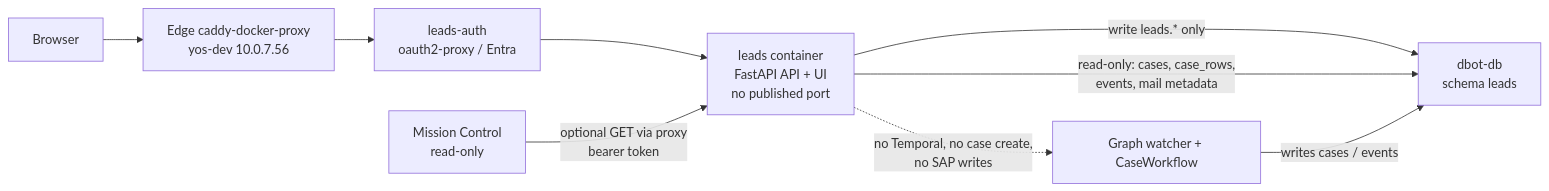
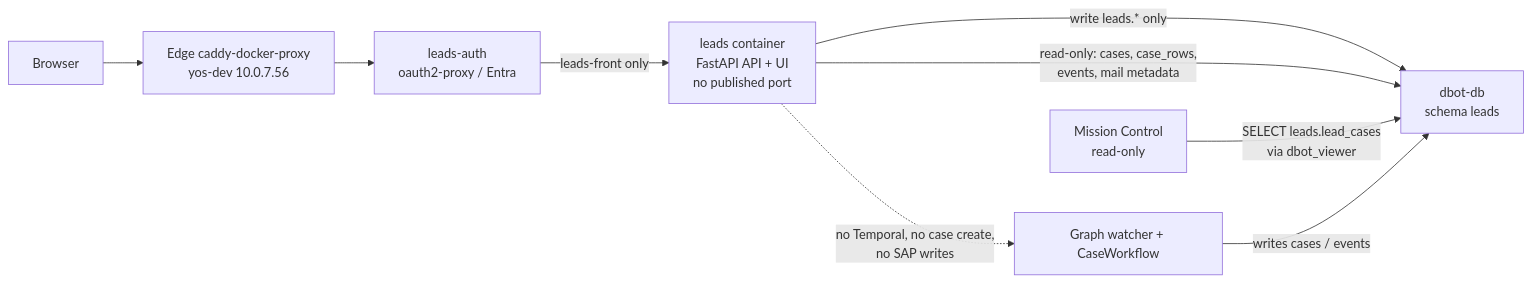
One commit to dayovartan/lead-pipeline-dashboard changed the diagram in docs/LEADS_PLAN.md. Above: the diagram before and after it, drawn with Mermaid. The commit also changed other lines of this file, not shown here.

Commit message:
docs: revise Leads plan after review against dbot-db migrations

````diff
--- a/docs/LEADS_PLAN.md
+++ b/docs/LEADS_PLAN.md
@@ -39,11 +41,11 @@
 ```mermaid
 flowchart LR
   User["Browser"] --> Caddy["Edge caddy-docker-proxy<br/>yos-dev 10.0.7.56"]
   Caddy --> Auth["leads-auth<br/>oauth2-proxy / Entra"]
-  Auth --> App["leads container<br/>FastAPI API + UI<br/>no published port"]
+  Auth -->|"leads-front only"| App["leads container<br/>FastAPI API + UI<br/>no published port"]
   App -->|"write leads.* only"| DB["dbot-db<br/>schema leads"]
   App -->|"read-only: cases, case_rows,<br/>events, mail metadata"| DB
-  MC["Mission Control<br/>read-only"] -->|"optional GET via proxy<br/>bearer token"| App
+  MC["Mission Control<br/>read-only"] -->|"SELECT leads.lead_cases<br/>via dbot_viewer"| DB
   Watcher["Graph watcher + CaseWorkflow"] -->|"writes cases / events"| DB
   App -.->|"no Temporal, no case create,<br/>no SAP writes"| Watcher
 ```
````
